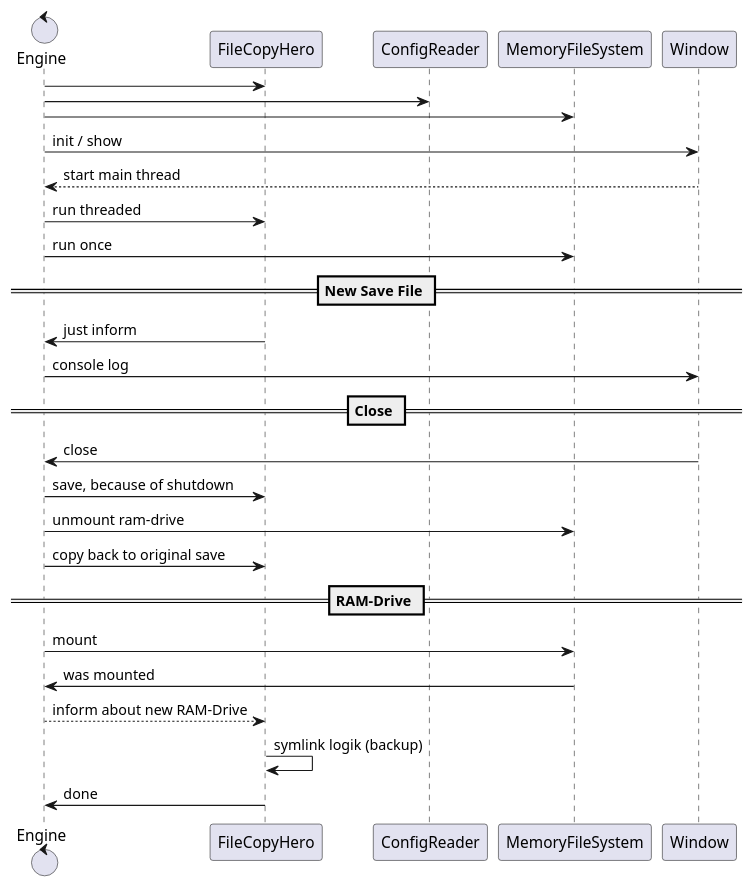
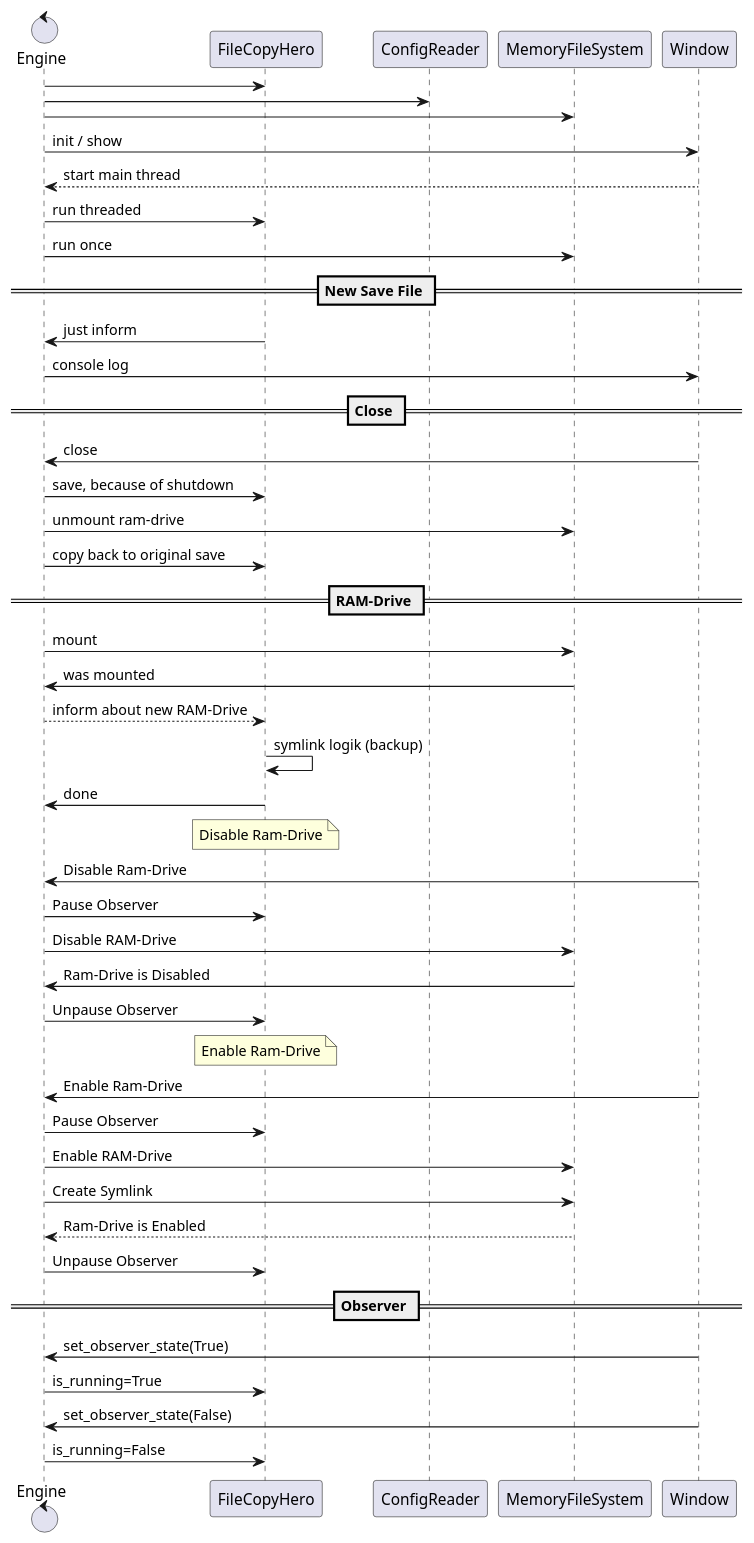
Before and after one commit to b1rdyger/SaveGameManager: the diagram in docs/seq.plantuml, drawn with PlantUML. The commit also changed 7 other files, not shown here.

```diff
--- a/docs/seq.plantuml
+++ b/docs/seq.plantuml
@@ -1,34 +1,59 @@
 @startuml
 control Engine
 
 Engine -> FileCopyHero
 
 Engine -> ConfigReader
 Engine -> MemoryFileSystem
 Engine -> Window: init / show
 Window --> Engine: start main thread
 
 Engine -> FileCopyHero: run threaded
 Engine -> MemoryFileSystem: run once
 
 == New Save File ==
 
 FileCopyHero -> Engine: just inform
 Engine -> Window: console log
 
 == Close ==
 
 Window -> Engine: close
 Engine -> FileCopyHero: save, because of shutdown
 Engine -> MemoryFileSystem: unmount ram-drive
 Engine -> FileCopyHero: copy back to original save
 
 == RAM-Drive ==
 
 Engine -> MemoryFileSystem: mount
 MemoryFileSystem -> Engine: was mounted
 Engine --> FileCopyHero: inform about new RAM-Drive
 FileCopyHero -> FileCopyHero: symlink logik (backup)
 FileCopyHero -> Engine: done
 
+note over FileCopyHero
+Disable Ram-Drive
+end note
+Window -> Engine: Disable Ram-Drive
+Engine -> FileCopyHero: Pause Observer
+Engine -> MemoryFileSystem: Disable RAM-Drive
+MemoryFileSystem -> Engine: Ram-Drive is Disabled
+Engine -> FileCopyHero: Unpause Observer
+note over FileCopyHero
+Enable Ram-Drive
+end note
+Window -> Engine: Enable Ram-Drive
+Engine -> FileCopyHero: Pause Observer
+Engine -> MemoryFileSystem: Enable RAM-Drive
+Engine -> MemoryFileSystem: Create Symlink
+MemoryFileSystem --> Engine: Ram-Drive is Enabled
+Engine -> FileCopyHero: Unpause Observer
+
+== Observer ==
+Window -> Engine: set_observer_state(True)
+Engine -> FileCopyHero: is_running=True
+
+Window -> Engine: set_observer_state(False)
+Engine -> FileCopyHero: is_running=False
+
 @enduml
```
